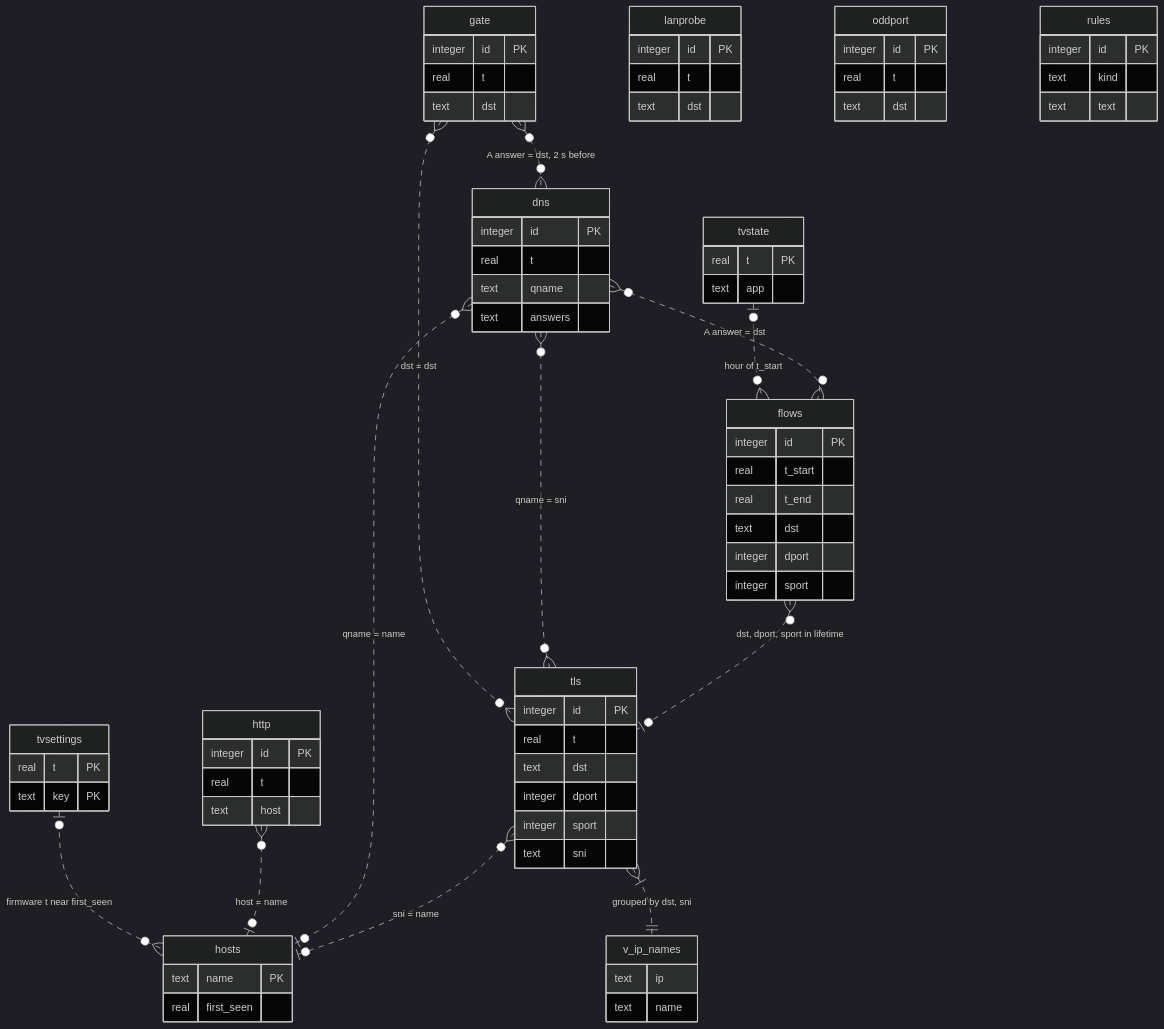
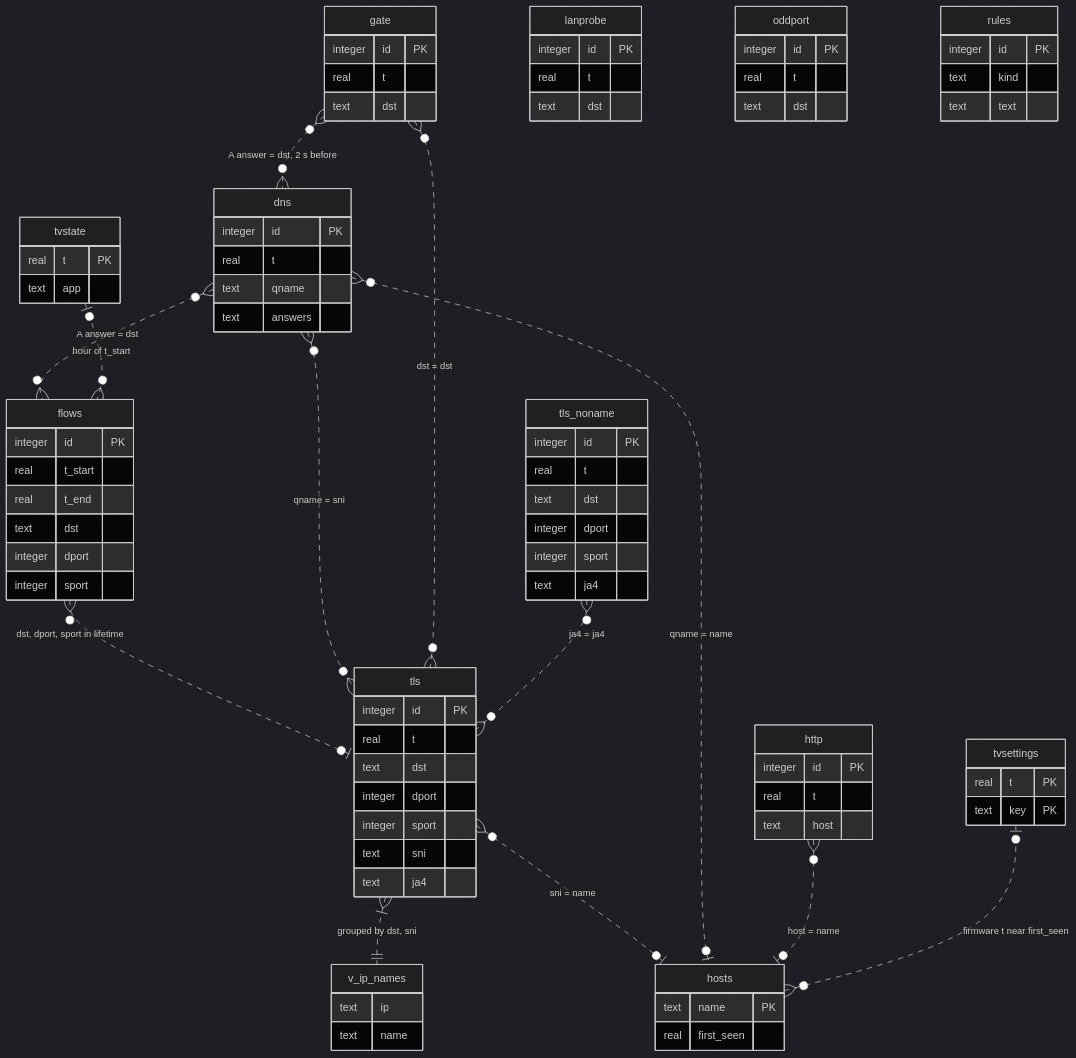
One commit to kywwilson11/tvgw changed the first of 3 diagrams in docs/data-model.md. Above: the diagram before and after it, drawn with Mermaid (dark theme). The commit also changed other lines of this file and 17 other files, not shown here.

```diff
--- a/docs/data-model.md
+++ b/docs/data-model.md
@@ -341,6 +363,7 @@
     tvstate |o..o{ flows : "hour of t_start"
     tvsettings |o..o{ hosts : "firmware t near first_seen"
     tls }|..|| v_ip_names : "grouped by dst, sni"
+    tls_noname }o..o{ tls : "ja4 = ja4"
     flows {
         integer id PK
         real t_start
@@ -356,6 +379,15 @@
         integer dport
         integer sport
         text sni
+        text ja4
+    }
+    tls_noname {
+        integer id PK
+        real t
+        text dst
+        integer dport
+        integer sport
+        text ja4
     }
     dns {
         integer id PK
```
